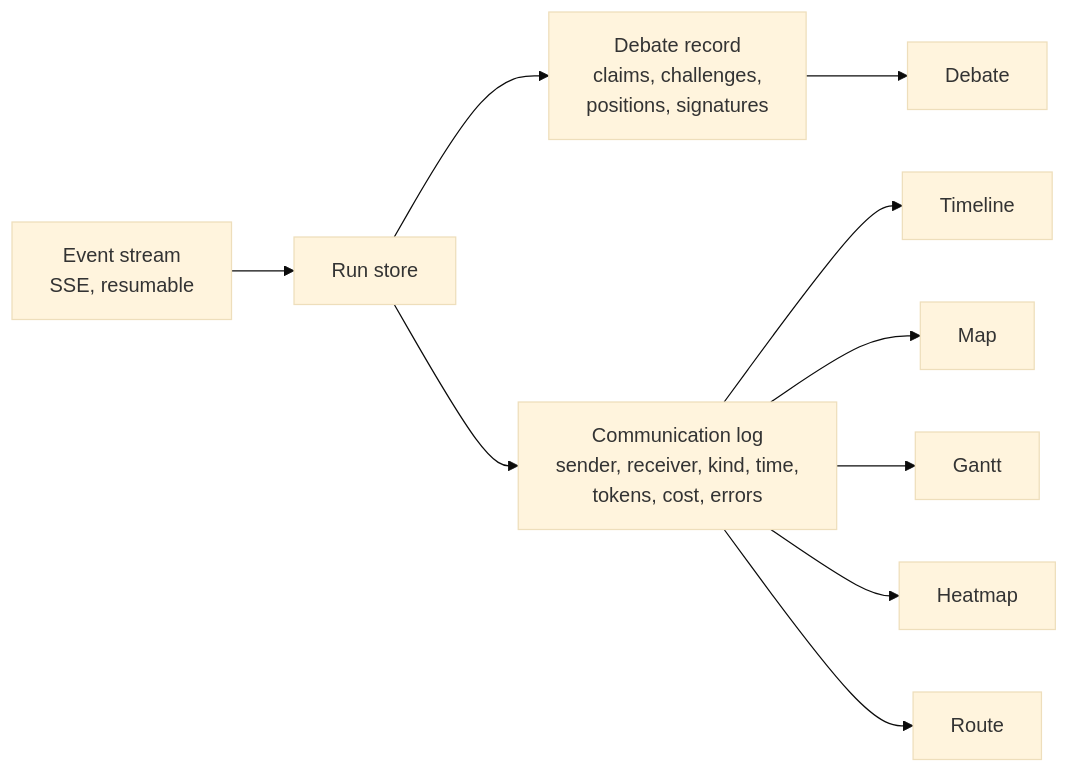
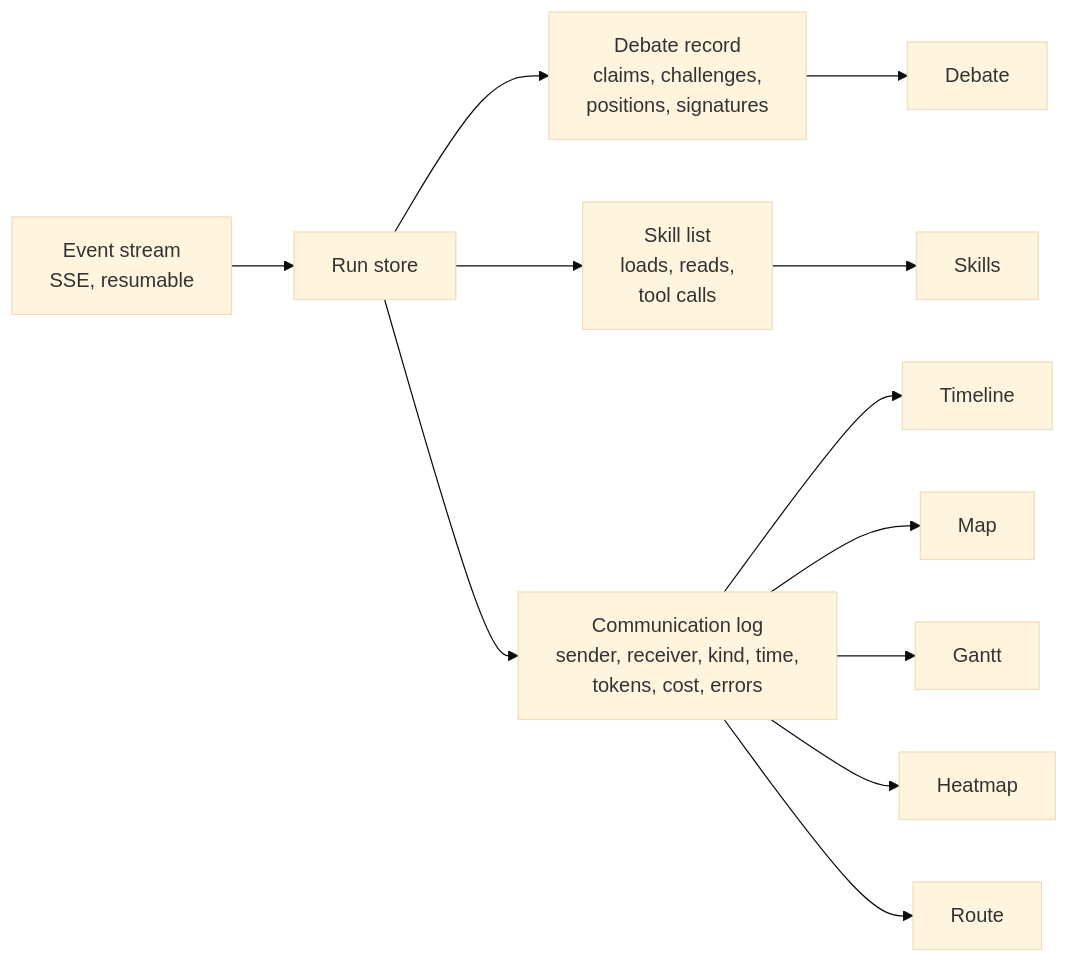
The diagram in docs/run-views.md (lordprime/Argus-Council), drawn with Mermaid (base theme) before and after one commit. The commit also changed other lines of this file, not shown here.

Commit message:
Docs: the Skills view reads skill events, not the communication log

````diff
--- a/docs/run-views.md
+++ b/docs/run-views.md
@@ -9,12 +10,14 @@
 ```mermaid
 flowchart LR
     S[Event stream<br/>SSE, resumable] --> ST[Run store]
     ST --> DB[Debate record<br/>claims, challenges,<br/>positions, signatures]
     DB --> D[Debate]
+    ST --> SK[Skill list<br/>loads, reads,<br/>tool calls]
+    SK --> SV[Skills]
     ST --> CL[Communication log<br/>sender, receiver, kind, time,<br/>tokens, cost, errors]
     CL --> T[Timeline]
     CL --> M[Map]
     CL --> G[Gantt]
     CL --> H[Heatmap]
     CL --> R[Route]
 ```
````
